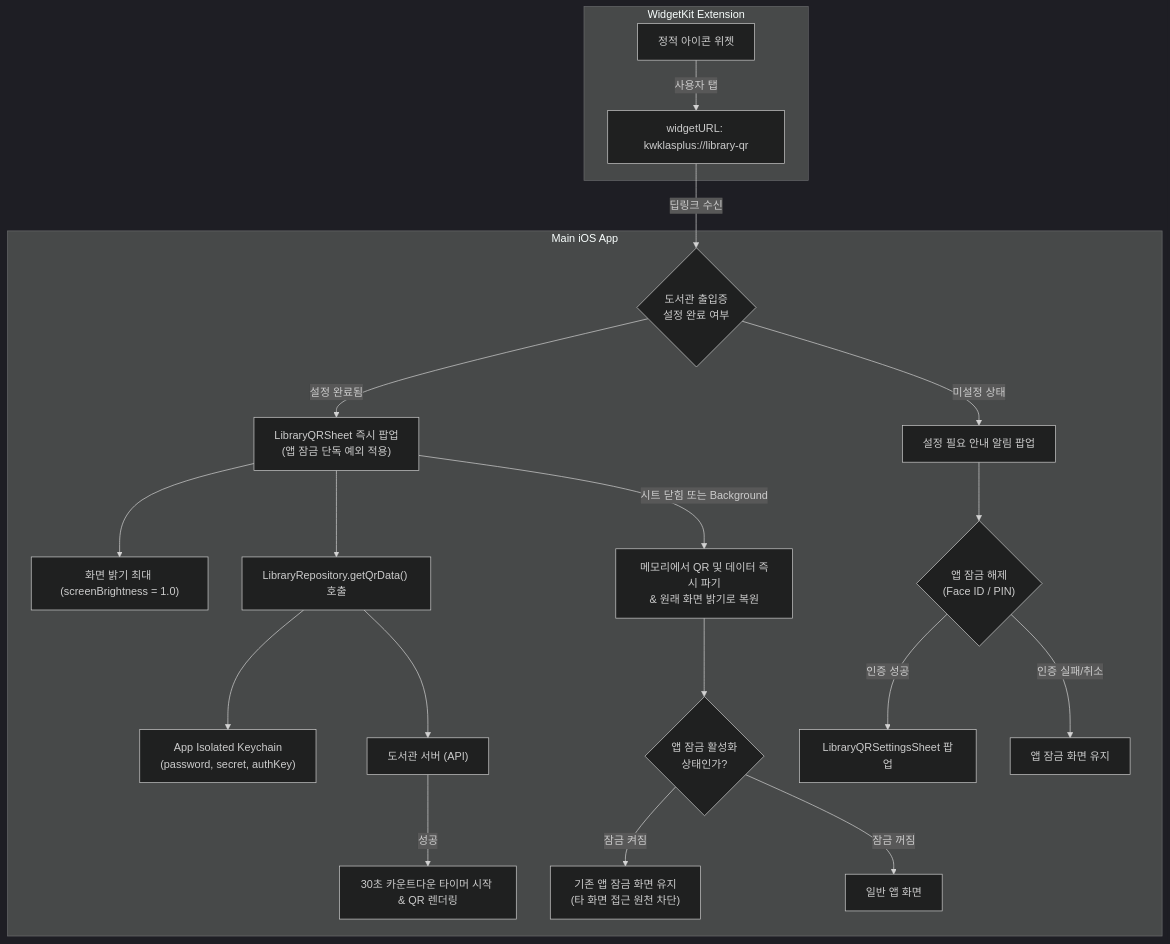
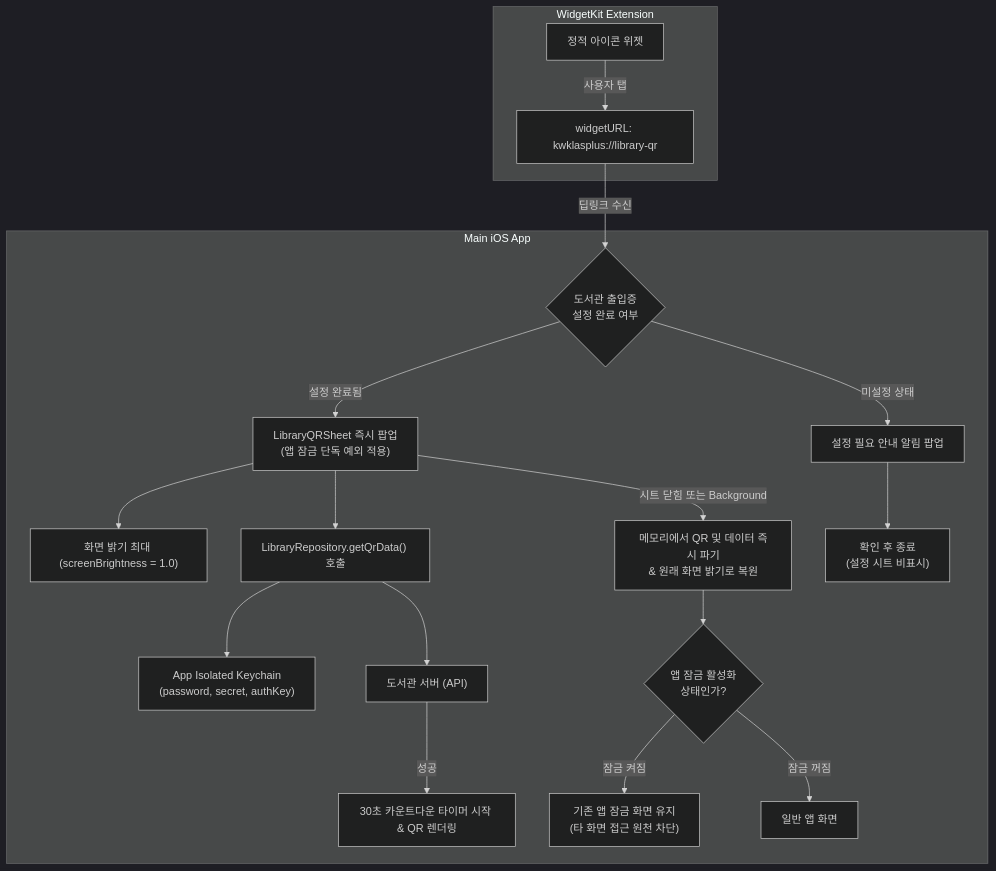
One commit to IceCream0910/kw-klas-plus changed the diagram in docs/adr/ADR-006-ios-library-qr-widget.md. Above: the diagram before and after it, drawn with Mermaid (dark theme). The commit also changed other lines of this file and 3 other files, not shown here.

````diff
--- a/docs/adr/ADR-006-ios-library-qr-widget.md
+++ b/docs/adr/ADR-006-ios-library-qr-widget.md
@@ -60,27 +60,25 @@
 ```mermaid
 flowchart TD
   subgraph WidgetKit ["WidgetKit Extension"]
     WEntry["정적 아이콘 위젯"] -->|사용자 탭| WURL["widgetURL: kwklasplus://library-qr"]
   end
 
   subgraph MainApp ["Main iOS App"]
     WURL -->|딥링크 수신| ConfigCheck{"도서관 출입증<br>설정 완료 여부"}
     
     ConfigCheck -->|설정 완료됨| QRSheet["LibraryQRSheet 즉시 팝업<br>(앱 잠금 단독 예외 적용)"]
     QRSheet --> Brightness["화면 밝기 최대 (screenBrightness = 1.0)"]
     QRSheet --> Fetch["LibraryRepository.getQrData() 호출"]
     Fetch --> Keychain["App Isolated Keychain<br>(password, secret, authKey)"]
     Fetch --> Server["도서관 서버 (API)"]
     Server -->|성공| RenderQR["30초 카운트다운 타이머 시작 & QR 렌더링"]
     
     QRSheet -->|시트 닫힘 또는 Background| CleanUp["메모리에서 QR 및 데이터 즉시 파기<br>& 원래 화면 밝기로 복원"]
     CleanUp --> LockCheck{"앱 잠금 활성화<br>상태인가?"}
     LockCheck -->|잠금 켜짐| KeepLocked["기존 앱 잠금 화면 유지<br>(타 화면 접근 원천 차단)"]
     LockCheck -->|잠금 꺼짐| NormalApp["일반 앱 화면"]
 
     ConfigCheck -->|미설정 상태| Alert["설정 필요 안내 알림 팝업"]
-    Alert --> AuthCheck{"앱 잠금 해제<br>(Face ID / PIN)"}
-    AuthCheck -->|인증 성공| Settings["LibraryQRSettingsSheet 팝업"]
-    AuthCheck -->|인증 실패/취소| LockScreen["앱 잠금 화면 유지"]
+    Alert --> End["확인 후 종료<br>(설정 시트 비표시)"]
   end
 ```
````
